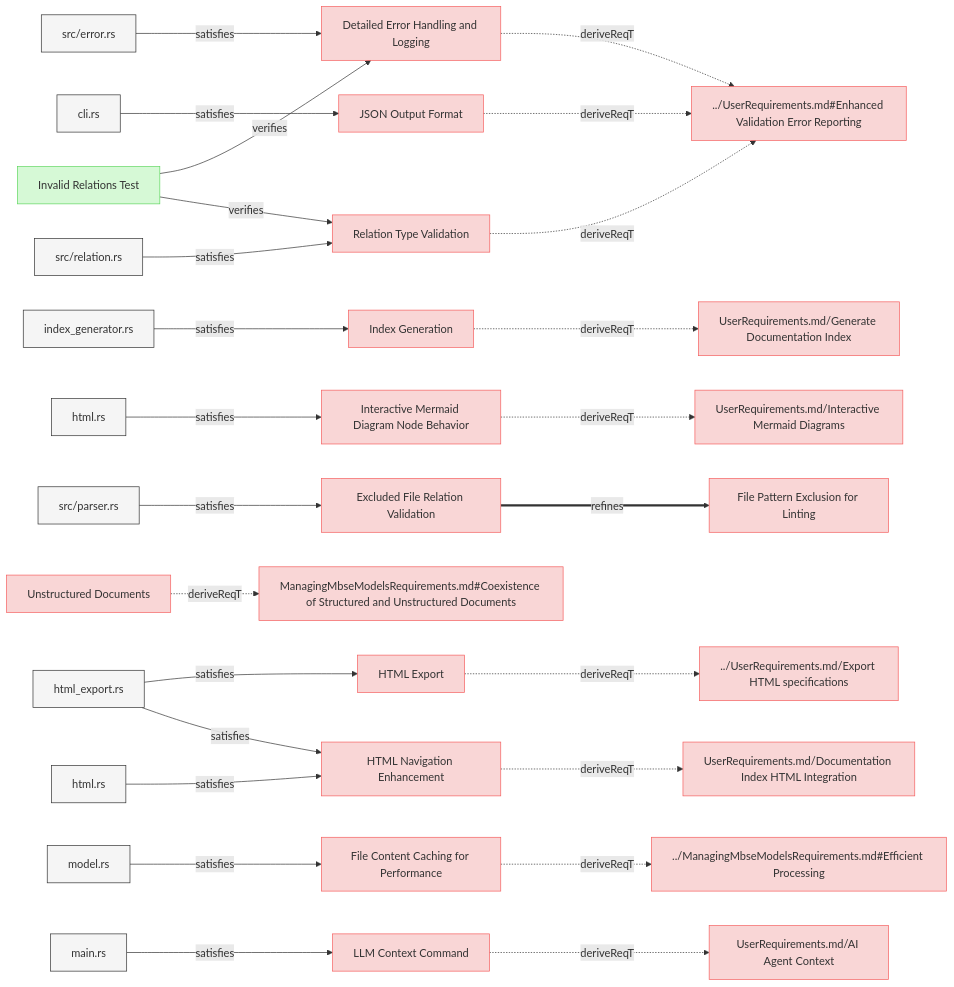
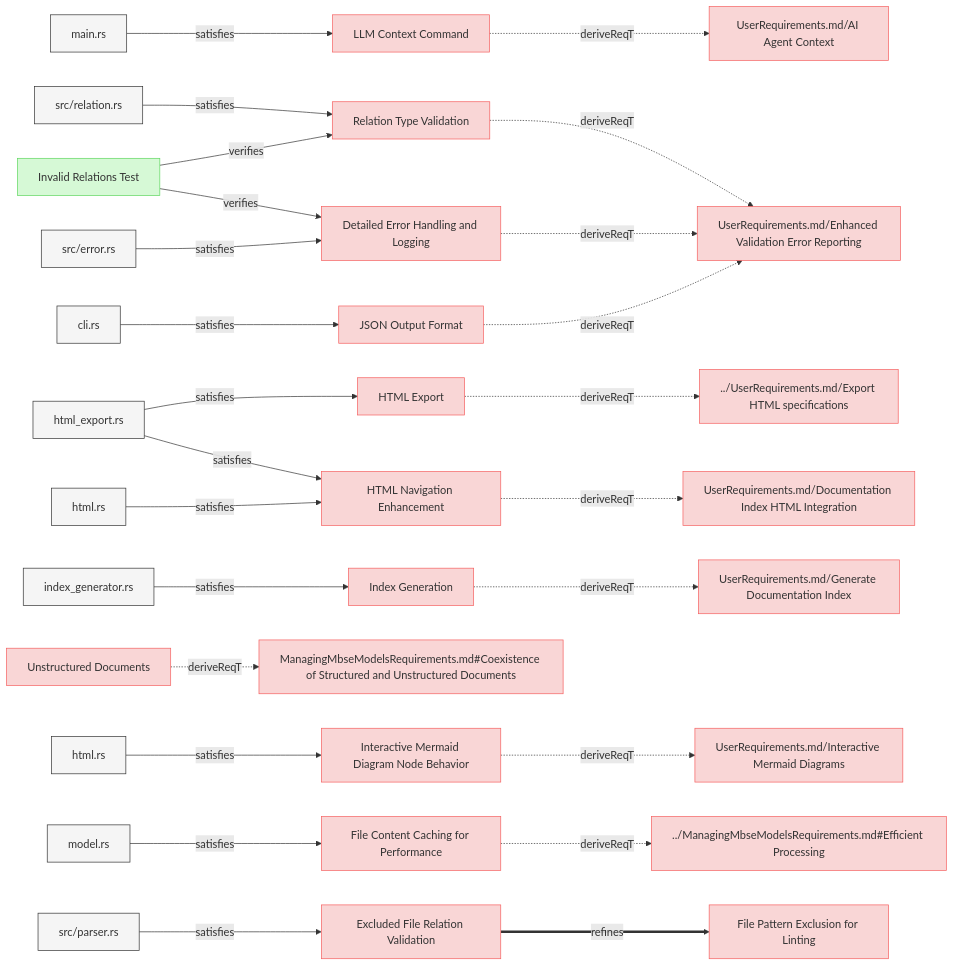
The third of 8 diagrams in specifications/SystemRequirements/Requirements.md (reqvire-org/reqvire), drawn with Mermaid before and after one commit. The commit also changed 7 other files, not shown here.

````diff
--- a/specifications/SystemRequirements/Requirements.md
+++ b/specifications/SystemRequirements/Requirements.md
@@ -250,21 +250,60 @@
   classDef externalLink fill:#d0e0ff,stroke:#3080ff,stroke-width:1px;
   classDef default fill:#f5f5f5,stroke:#333333,stroke-width:1px;
 
+  8ba9c7e059["LLM Context Command"];
+  click 8ba9c7e059 "Requirements.md#llm-context-command";
+  class 8ba9c7e059 requirement;
+  5a6fc253c5["UserRequirements.md/AI Agent Context"];
+  class 5a6fc253c5 requirement;
+  click 5a6fc253c5 "../UserRequirements.md#ai-agent-context";
+  8ba9c7e059 -.->|deriveReqT| 5a6fc253c5;
+  4a5edefd6e["main.rs"];
+  class 4a5edefd6e default;
+  click 4a5edefd6e "../../cli/src/main.rs";
+  4a5edefd6e -->|satisfies| 8ba9c7e059;
+  5870488e00["Relation Type Validation"];
+  click 5870488e00 "Requirements.md#relation-type-validation";
+  class 5870488e00 requirement;
+  7cf5cf9900["UserRequirements.md/Enhanced Validation Error Reporting"];
+  class 7cf5cf9900 requirement;
+  click 7cf5cf9900 "../UserRequirements.md#enhanced-validation-error-reporting";
+  5870488e00 -.->|deriveReqT| 7cf5cf9900;
+  ed4f94bde9["src/relation.rs"];
+  class ed4f94bde9 default;
+  click ed4f94bde9 "../../core/src/relation.rs";
+  ed4f94bde9 -->|satisfies| 5870488e00;
+  fbf9362574["Invalid Relations Test"];
+  class fbf9362574 verification;
+  click fbf9362574 "../Verifications/ValidationTests.md#invalid-relations-test";
+  fbf9362574 -->|verifies| 5870488e00;
   bdfd9d65e4["Detailed Error Handling and Logging"];
   click bdfd9d65e4 "Requirements.md#detailed-error-handling-and-logging";
   class bdfd9d65e4 requirement;
-  7cf5cf9900["../UserRequirements.md#Enhanced Validation Error Reporting"];
-  class 7cf5cf9900 requirement;
-  click 7cf5cf9900 "../UserRequirements.md#enhanced-validation-error-reporting";
   bdfd9d65e4 -.->|deriveReqT| 7cf5cf9900;
   8cd8a561b4["src/error.rs"];
   class 8cd8a561b4 default;
   click 8cd8a561b4 "../../core/src/error.rs";
   8cd8a561b4 -->|satisfies| bdfd9d65e4;
-  fbf9362574["Invalid Relations Test"];
-  class fbf9362574 verification;
-  click fbf9362574 "../Verifications/ValidationTests.md#invalid-relations-test";
   fbf9362574 -->|verifies| bdfd9d65e4;
+  c8b6ccc187["HTML Export"];
+  click c8b6ccc187 "Requirements.md#html-export";
+  class c8b6ccc187 requirement;
+  72c7eda618["../UserRequirements.md/Export HTML specifications"];
+  class 72c7eda618 requirement;
+  click 72c7eda618 "../UserRequirements.md#export-html-specifications";
+  c8b6ccc187 -.->|deriveReqT| 72c7eda618;
+  8cb11d152f["html_export.rs"];
+  class 8cb11d152f default;
+  click 8cb11d152f "../../core/src/html_export.rs";
+  8cb11d152f -->|satisfies| c8b6ccc187;
+  5ec6a2668b["JSON Output Format"];
+  click 5ec6a2668b "Requirements.md#json-output-format";
+  class 5ec6a2668b requirement;
+  5ec6a2668b -.->|deriveReqT| 7cf5cf9900;
+  11ffc4632a["cli.rs"];
+  class 11ffc4632a default;
+  click 11ffc4632a "../../cli/src/cli.rs";
+  11ffc4632a -->|satisfies| 5ec6a2668b;
   8acd24c7c2["Index Generation"];
   click 8acd24c7c2 "Requirements.md#index-generation";
   class 8acd24c7c2 requirement;
@@ -276,74 +315,6 @@
   class 3ef6afafe2 default;
   click 3ef6afafe2 "../../core/src/index_generator.rs";
   3ef6afafe2 -->|satisfies| 8acd24c7c2;
-  7a8da8dfee["Interactive Mermaid Diagram Node Behavior"];
-  click 7a8da8dfee "Requirements.md#interactive-mermaid-diagram-node-behavior";
-  class 7a8da8dfee requirement;
-  e867499409["UserRequirements.md/Interactive Mermaid Diagrams"];
-  class e867499409 requirement;
-  click e867499409 "../UserRequirements.md#interactive-mermaid-diagrams";
-  7a8da8dfee -.->|deriveReqT| e867499409;
-  d4240e2969["html.rs"];
-  class d4240e2969 default;
-  click d4240e2969 "../../core/src/diagrams.rs";
-  d4240e2969 -->|satisfies| 7a8da8dfee;
-  c5c85bedd1["Excluded File Relation Validation"];
-  click c5c85bedd1 "Requirements.md#excluded-file-relation-validation";
-  class c5c85bedd1 requirement;
-  45770e9b31["File Pattern Exclusion for Linting"];
-  class 45770e9b31 requirement;
-  click 45770e9b31 "Requirements.md#file-pattern-exclusion-for-linting";
-  c5c85bedd1 ==>|refines| 45770e9b31;
-  3b1e87396c["src/parser.rs"];
-  class 3b1e87396c default;
-  click 3b1e87396c "../../core/src/parser.rs";
-  3b1e87396c -->|satisfies| c5c85bedd1;
-  5ec6a2668b["JSON Output Format"];
-  click 5ec6a2668b "Requirements.md#json-output-format";
-  class 5ec6a2668b requirement;
-  5ec6a2668b -.->|deriveReqT| 7cf5cf9900;
-  11ffc4632a["cli.rs"];
-  class 11ffc4632a default;
-  click 11ffc4632a "../../cli/src/cli.rs";
-  11ffc4632a -->|satisfies| 5ec6a2668b;
-  5870488e00["Relation Type Validation"];
-  click 5870488e00 "Requirements.md#relation-type-validation";
-  class 5870488e00 requirement;
-  5870488e00 -.->|deriveReqT| 7cf5cf9900;
-  ed4f94bde9["src/relation.rs"];
-  class ed4f94bde9 default;
-  click ed4f94bde9 "../../core/src/relation.rs";
-  ed4f94bde9 -->|satisfies| 5870488e00;
-  fbf9362574 -->|verifies| 5870488e00;
-  5a1719a264["Unstructured Documents"];
-  click 5a1719a264 "Requirements.md#unstructured-documents";
-  class 5a1719a264 requirement;
-  daadd8e583["ManagingMbseModelsRequirements.md#Coexistence of Structured and Unstructured Documents"];
-  class daadd8e583 requirement;
-  click daadd8e583 "../ManagingMbseModelsRequirements.md#coexistence-of-structured-and-unstructured-documents";
-  5a1719a264 -.->|deriveReqT| daadd8e583;
-  c8b6ccc187["HTML Export"];
-  click c8b6ccc187 "Requirements.md#html-export";
-  class c8b6ccc187 requirement;
-  72c7eda618["../UserRequirements.md/Export HTML specifications"];
-  class 72c7eda618 requirement;
-  click 72c7eda618 "../UserRequirements.md#export-html-specifications";
-  c8b6ccc187 -.->|deriveReqT| 72c7eda618;
-  8cb11d152f["html_export.rs"];
-  class 8cb11d152f default;
-  click 8cb11d152f "../../core/src/html_export.rs";
-  8cb11d152f -->|satisfies| c8b6ccc187;
-  98bd2bd6bd["File Content Caching for Performance"];
-  click 98bd2bd6bd "Requirements.md#file-content-caching-for-performance";
-  class 98bd2bd6bd requirement;
-  21e4eb87cb["../ManagingMbseModelsRequirements.md#Efficient Processing"];
-  class 21e4eb87cb requirement;
-  click 21e4eb87cb "../ManagingMbseModelsRequirements.md#efficient-processing";
-  98bd2bd6bd -.->|deriveReqT| 21e4eb87cb;
-  6136c216c9["model.rs"];
-  class 6136c216c9 default;
-  click 6136c216c9 "../../core/src/model.rs";
-  6136c216c9 -->|satisfies| 98bd2bd6bd;
   86e0701b6c["HTML Navigation Enhancement"];
   click 86e0701b6c "Requirements.md#html-navigation-enhancement";
   class 86e0701b6c requirement;
@@ -356,15 +327,44 @@
   click c788e5b84f "../../core/src/html.rs";
   c788e5b84f -->|satisfies| 86e0701b6c;
   8cb11d152f -->|satisfies| 86e0701b6c;
-  8ba9c7e059["LLM Context Command"];
-  click 8ba9c7e059 "Requirements.md#llm-context-command";
-  class 8ba9c7e059 requirement;
-  5a6fc253c5["UserRequirements.md/AI Agent Context"];
-  class 5a6fc253c5 requirement;
-  click 5a6fc253c5 "../UserRequirements.md#ai-agent-context";
-  8ba9c7e059 -.->|deriveReqT| 5a6fc253c5;
-  4a5edefd6e["main.rs"];
-  class 4a5edefd6e default;
-  click 4a5edefd6e "../../cli/src/main.rs";
-  4a5edefd6e -->|satisfies| 8ba9c7e059;
+  5a1719a264["Unstructured Documents"];
+  click 5a1719a264 "Requirements.md#unstructured-documents";
+  class 5a1719a264 requirement;
+  daadd8e583["ManagingMbseModelsRequirements.md#Coexistence of Structured and Unstructured Documents"];
+  class daadd8e583 requirement;
+  click daadd8e583 "../ManagingMbseModelsRequirements.md#coexistence-of-structured-and-unstructured-documents";
+  5a1719a264 -.->|deriveReqT| daadd8e583;
+  7a8da8dfee["Interactive Mermaid Diagram Node Behavior"];
+  click 7a8da8dfee "Requirements.md#interactive-mermaid-diagram-node-behavior";
+  class 7a8da8dfee requirement;
+  e867499409["UserRequirements.md/Interactive Mermaid Diagrams"];
+  class e867499409 requirement;
+  click e867499409 "../UserRequirements.md#interactive-mermaid-diagrams";
+  7a8da8dfee -.->|deriveReqT| e867499409;
+  d4240e2969["html.rs"];
+  class d4240e2969 default;
+  click d4240e2969 "../../core/src/diagrams.rs";
+  d4240e2969 -->|satisfies| 7a8da8dfee;
+  98bd2bd6bd["File Content Caching for Performance"];
+  click 98bd2bd6bd "Requirements.md#file-content-caching-for-performance";
+  class 98bd2bd6bd requirement;
+  21e4eb87cb["../ManagingMbseModelsRequirements.md#Efficient Processing"];
+  class 21e4eb87cb requirement;
+  click 21e4eb87cb "../ManagingMbseModelsRequirements.md#efficient-processing";
+  98bd2bd6bd -.->|deriveReqT| 21e4eb87cb;
+  6136c216c9["model.rs"];
+  class 6136c216c9 default;
+  click 6136c216c9 "../../core/src/model.rs";
+  6136c216c9 -->|satisfies| 98bd2bd6bd;
+  c5c85bedd1["Excluded File Relation Validation"];
+  click c5c85bedd1 "Requirements.md#excluded-file-relation-validation";
+  class c5c85bedd1 requirement;
+  45770e9b31["File Pattern Exclusion for Linting"];
+  class 45770e9b31 requirement;
+  click 45770e9b31 "Requirements.md#file-pattern-exclusion-for-linting";
+  c5c85bedd1 ==>|refines| 45770e9b31;
+  3b1e87396c["src/parser.rs"];
+  class 3b1e87396c default;
+  click 3b1e87396c "../../core/src/parser.rs";
+  3b1e87396c -->|satisfies| c5c85bedd1;
 ```
````
